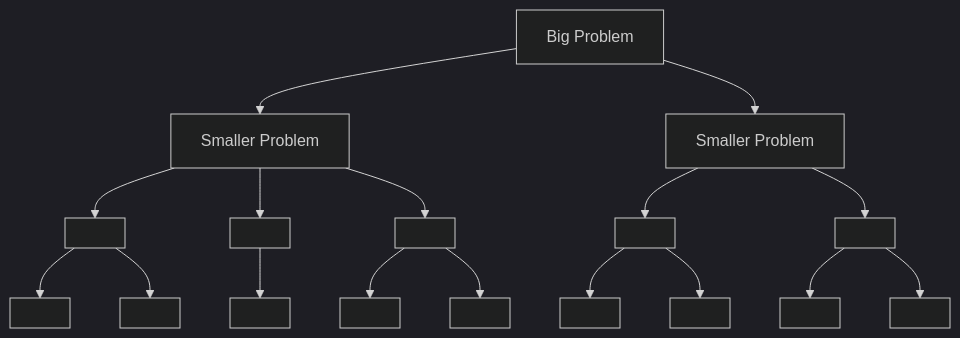
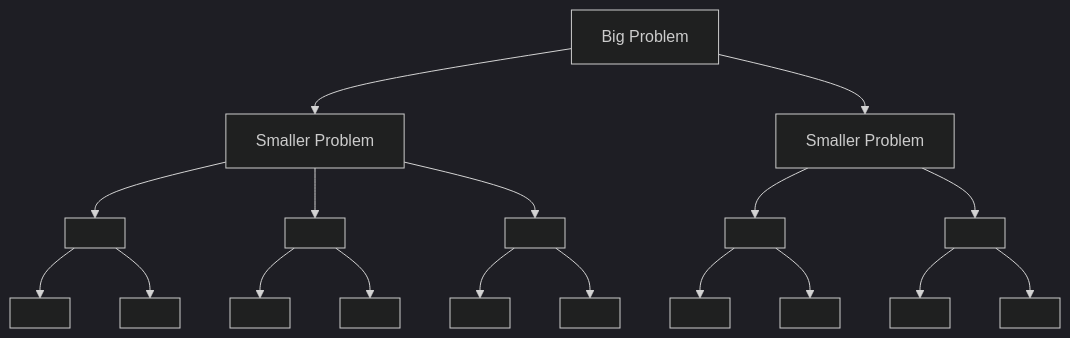
The fourth of 25 diagrams in frontend/books_mds/Grade 7/comp/comp_7.md (zk-007/AutiStudy-App), drawn with Mermaid (dark theme) before and after one commit. The commit also changed other lines of this file and 12 other files, not shown here.

````diff
--- a/frontend/books_mds/Grade 7/comp/comp_7.md
+++ b/frontend/books_mds/Grade 7/comp/comp_7.md
@@ -2385,23 +2191,20 @@
 ```mermaid
 graph TD
-    BigProblem[Big Problem] --> SP1[Smaller Problem]
-    BigProblem --> SP2[Smaller Problem]
-    
-    SP1 --> SP1_1[ ]
-    SP1 --> SP1_2[ ]
-    SP1 --> SP1_3[ ]
-    
-    SP1_1 --> SP1_1_1[ ]
-    SP1_1 --> SP1_1_2[ ]
-    SP1_2 --> SP1_2_1[ ]
-    SP1_3 --> SP1_3_1[ ]
-    SP1_3 --> SP1_3_2[ ]
-    
-    SP2 --> SP2_1[ ]
-    SP2 --> SP2_2[ ]
-    
-    SP2_1 --> SP2_1_1[ ]
-    SP2_1 --> SP2_1_2[ ]
-    SP2_2 --> SP2_2_1[ ]
-    SP2_2 --> SP2_2_2[ ]
+    A[Big Problem] --> B[Smaller Problem]
+    A --> C[Smaller Problem]
+    B --> B1[ ]
+    B --> B2[ ]
+    B --> B3[ ]
+    C --> C1[ ]
+    C --> C2[ ]
+    B1 --> B1a[ ]
+    B1 --> B1b[ ]
+    B2 --> B2a[ ]
+    B2 --> B2b[ ]
+    B3 --> B3a[ ]
+    B3 --> B3b[ ]
+    C1 --> C1a[ ]
+    C1 --> C1b[ ]
+    C2 --> C2a[ ]
+    C2 --> C2b[ ]
 ```
````
